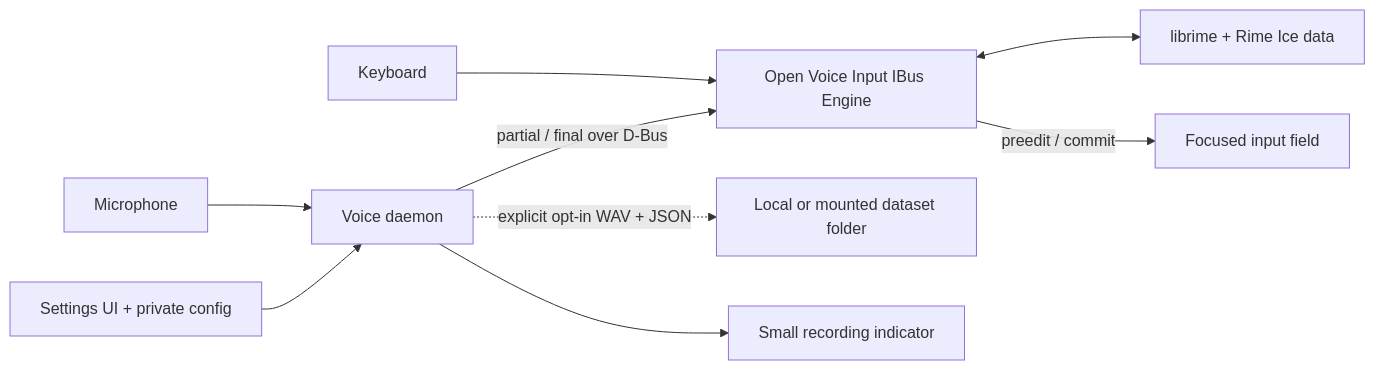
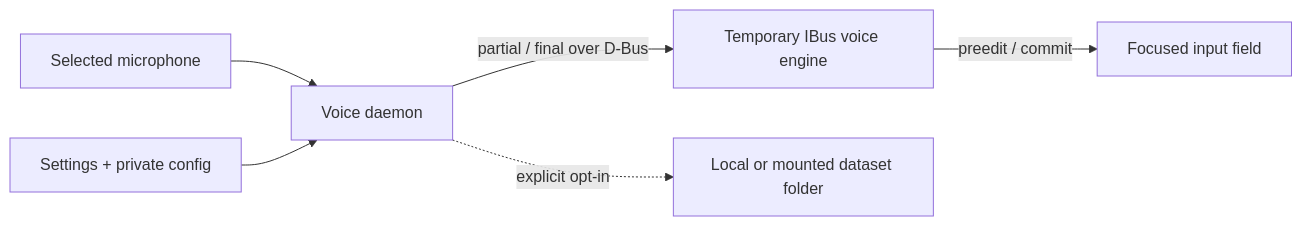
Before and after one commit to SidUParis/openVoiceInput_linux: the diagram in README.md, drawn with Mermaid. The commit also changed other lines of this file and 44 other files, not shown here.

````diff
--- a/README.md
+++ b/README.md
@@ -59,11 +179,8 @@
 ```mermaid
 flowchart LR
-    K["Keyboard"] --> E["Open Voice Input IBus Engine"]
-    E <--> R["librime + Rime Ice data"]
-    M["Microphone"] --> V["Voice daemon"]
-    S["Settings UI + private config"] --> V
-    V -->|"partial / final over D-Bus"| E
-    V -.->|"explicit opt-in WAV + JSON"| D["Local or mounted dataset folder"]
+    M["Selected microphone"] --> V["Voice daemon"]
+    S["Settings + private config"] --> V
+    V -->|"partial / final over D-Bus"| E["Temporary IBus voice engine"]
     E -->|"preedit / commit"| F["Focused input field"]
-    V --> I["Small recording indicator"]
+    V -.->|"explicit opt-in"| D["Local or mounted dataset folder"]
 ```
````
